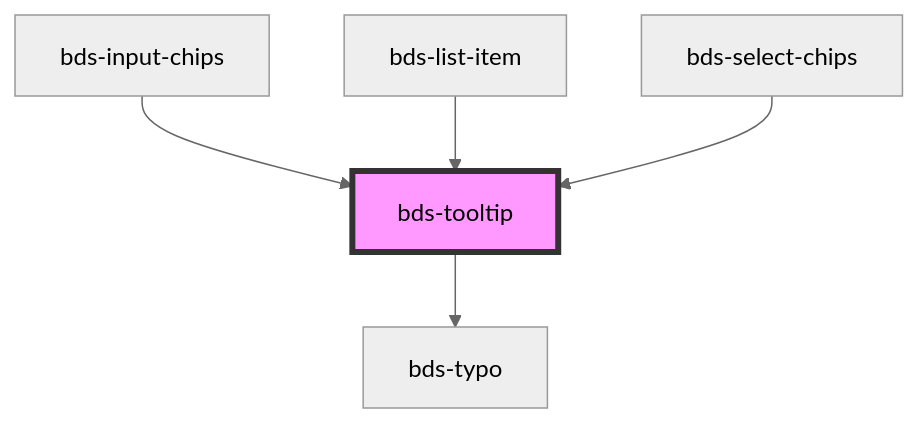
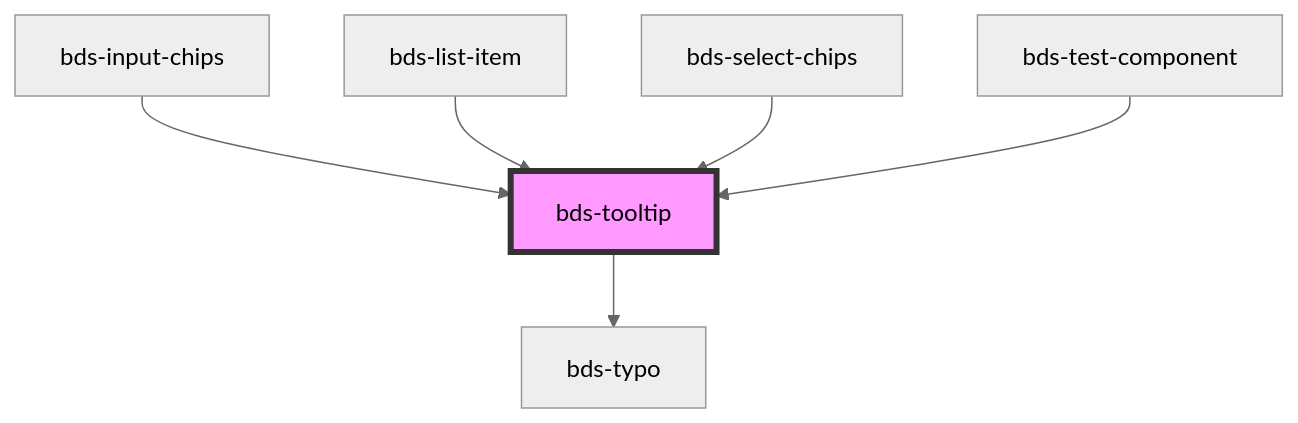
The diagram in src/components/tooltip/readme.md (takenet/blip-ds), drawn with Mermaid (neutral theme) before and after one commit. The commit also changed other lines of this file and 7 other files, not shown here.

````diff
--- a/src/components/tooltip/readme.md
+++ b/src/components/tooltip/readme.md
@@ -44,8 +45,9 @@
 ```mermaid
 graph TD;
   bds-tooltip --> bds-typo
   bds-input-chips --> bds-tooltip
   bds-list-item --> bds-tooltip
   bds-select-chips --> bds-tooltip
+  bds-test-component --> bds-tooltip
   style bds-tooltip fill:#f9f,stroke:#333,stroke-width:4px
 ```
````
